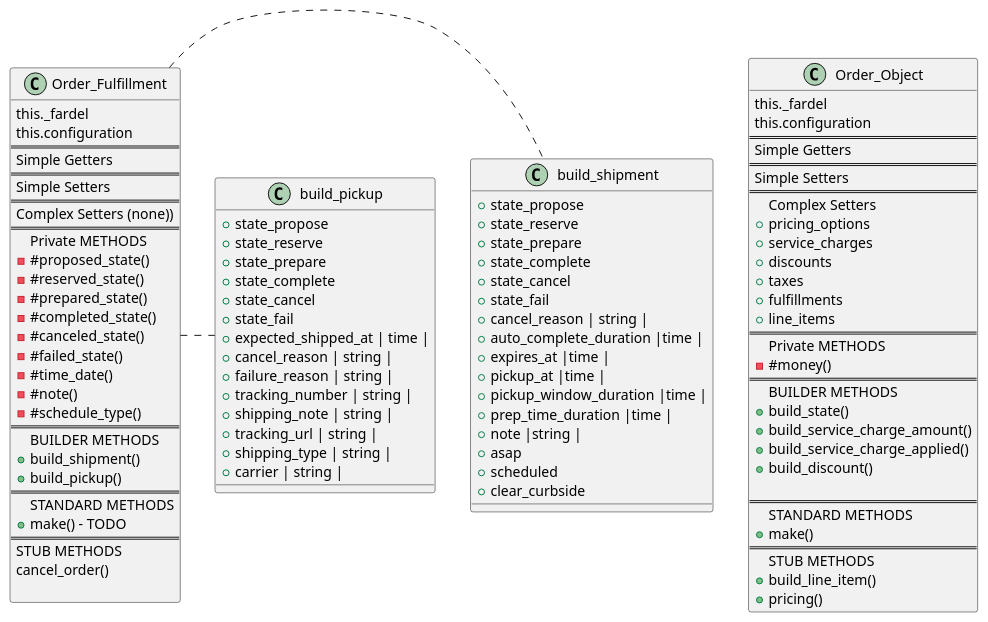
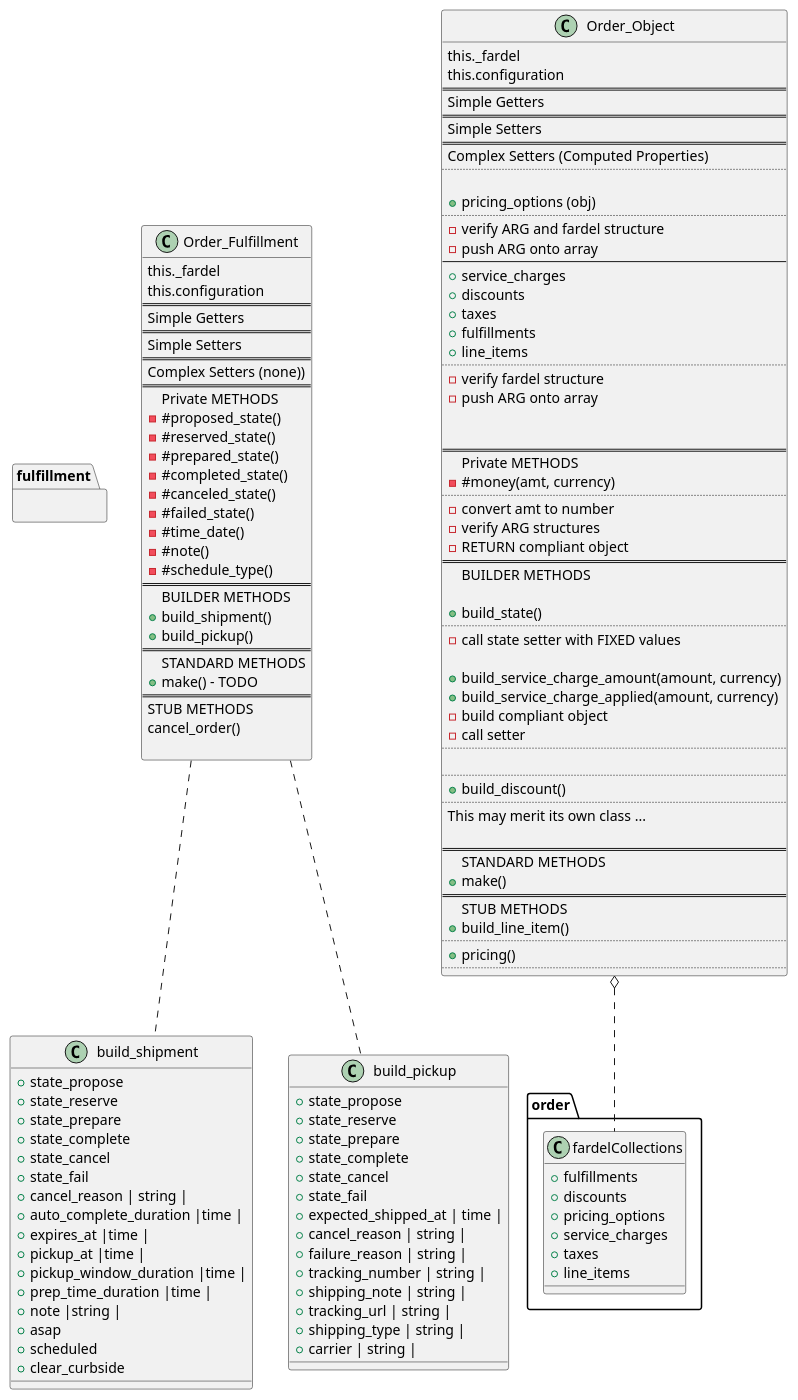
Before and after one commit to TwoFistedJustice/square-pie: the diagram in docs/uml/order_object_pie.puml, drawn with PlantUML.

Commit message:
docs: add details and formatting
summarize functions

```diff
--- a/docs/uml/order_object_pie.puml
+++ b/docs/uml/order_object_pie.puml
@@ -1,113 +1,159 @@
 @startuml
 'https://plantuml.com/class-diagram
 
-Order_Fulfillment.build_shipment
-Order_Fulfillment.build_pickup
+
+namespace fulfillment {
+.Order_Fulfillment .. .build_shipment
+.Order_Fulfillment .. .build_pickup
+}
+
+namespace order {
+.Order_Object o.. fardelCollections
+
+object fardelCollections{
+  + fulfillments
+  + discounts
+  + pricing_options
+  + service_charges
+  + taxes
+  + line_items
+}
+
+}
+
 
 class Order_Object{
 this._fardel
 this.configuration
 ==
 Simple Getters
 ==
 Simple Setters
 ==
-Complex Setters
-+ pricing_options
+Complex Setters (Computed Properties)
+..
+
++ pricing_options (obj)
+..
+- verify ARG and fardel structure
+- push ARG onto array
+--
 + service_charges
 + discounts
 + taxes
 + fulfillments
 + line_items
+..
+- verify fardel structure
+- push ARG onto array
+
+
 ==
 Private METHODS
-- #money()
+- #money(amt, currency)
+..
+-convert amt to number
+- verify ARG structures
+- RETURN compliant object
 ==
 BUILDER METHODS
+
 + build_state()
-+ build_service_charge_amount()
-+ build_service_charge_applied()
+..
+- call state setter with FIXED values
+
++ build_service_charge_amount(amount, currency)
++ build_service_charge_applied(amount, currency)
+- build compliant object
+- call setter
+..
+
+..
 + build_discount()
+..
+This may merit its own class ...
 
 ==
 STANDARD METHODS
 + make()
 ==
 STUB METHODS
 + build_line_item()
+..
 + pricing()
+..
 }
 
 class Order_Fulfillment {
 this._fardel
 this.configuration
 ==
 Simple Getters
 ==
 Simple Setters
 ==
 Complex Setters (none))
 ==
 Private METHODS
 - #proposed_state()
 - #reserved_state()
 - #prepared_state()
 - #completed_state()
 - #canceled_state()
 - #failed_state()
 - #time_date()
 - #note()
 - #schedule_type()
 ==
 BUILDER METHODS
 + build_shipment()
 + build_pickup()
 ==
 STANDARD METHODS
 + make() - TODO
 ==
 STUB METHODS
 cancel_order()
 
 }
 
 
 object build_shipment {
 + state_propose
 + state_reserve
 + state_prepare
 + state_complete
 + state_cancel
 + state_fail
 + cancel_reason | string |
 + auto_complete_duration |time |
 + expires_at |time |
 + pickup_at |time |
 + pickup_window_duration |time |
 + prep_time_duration |time |
 + note |string |
 + asap
 + scheduled
 + clear_curbside
 
 }
 
 object build_pickup {
 + state_propose
 + state_reserve
 + state_prepare
 + state_complete
 + state_cancel
 + state_fail
 + expected_shipped_at | time |
 + cancel_reason | string |
 + failure_reason | string |
 + tracking_number | string |
 + shipping_note | string |
 + tracking_url | string |
 + shipping_type | string |
 + carrier | string |
 }
 
 
 @enduml
```
